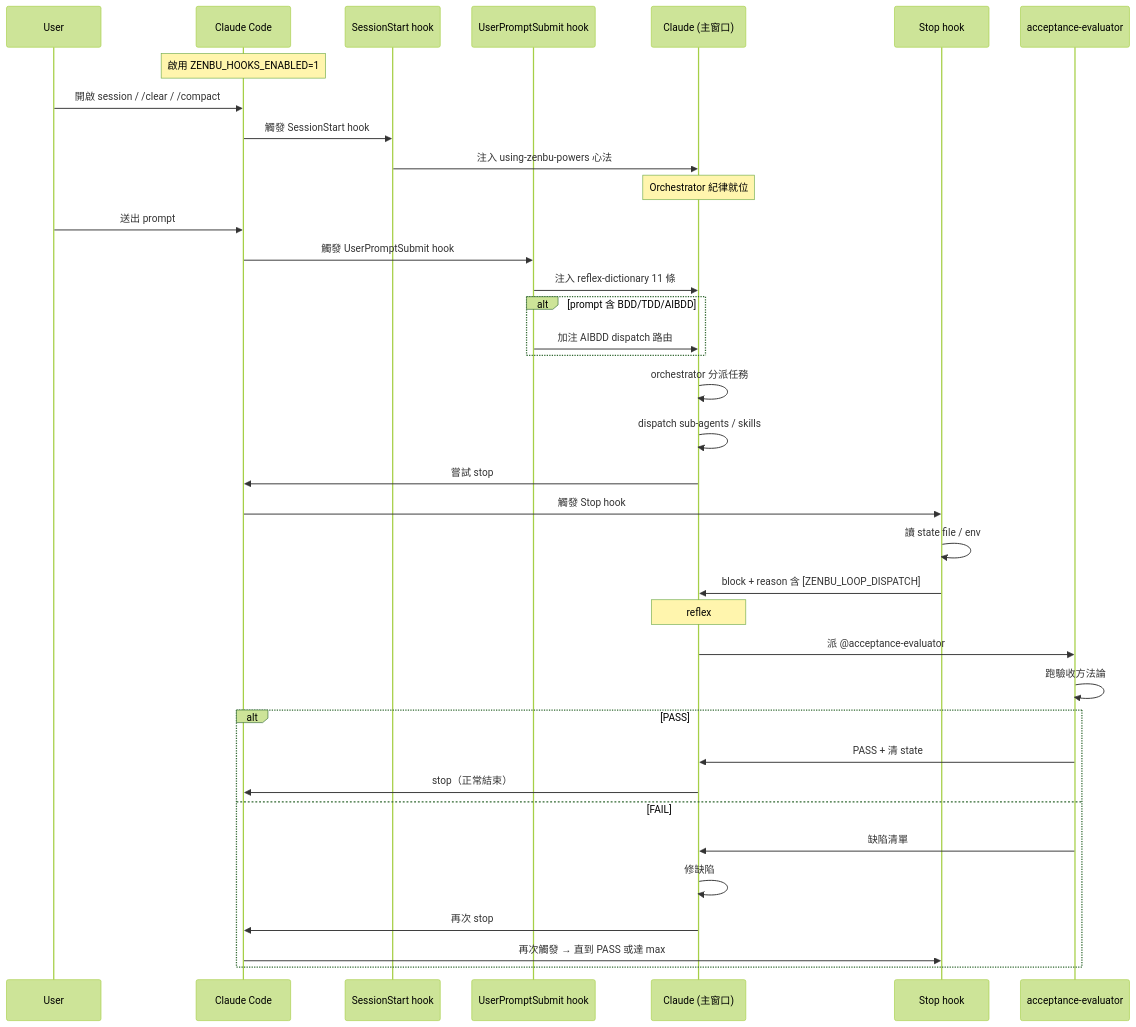
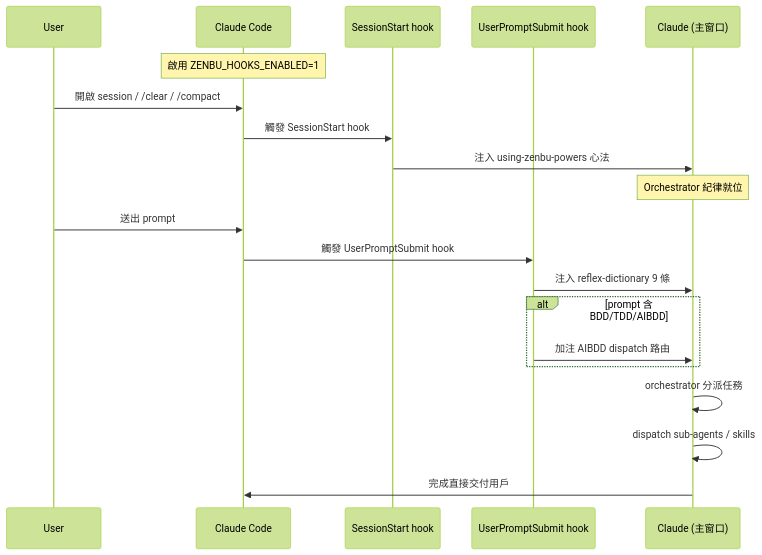
Before and after one commit to zenbuapps/zenbu-powers: the second of 2 diagrams in README.md, drawn with Mermaid (forest theme). The commit also changed other lines of this file and 1 other file, not shown here.

First line of the commit message:
docs: update main README and prompts for v3.15.0 opt-in acceptance model

````diff
--- a/README.md
+++ b/README.md
@@ -382,43 +376,25 @@
 ```mermaid
 sequenceDiagram
     participant U as User
     participant CC as Claude Code
     participant H1 as SessionStart hook
     participant H2 as UserPromptSubmit hook
     participant LLM as Claude (主窗口)
-    participant H3 as Stop hook
-    participant Eval as acceptance-evaluator
 
     Note over CC: 啟用 ZENBU_HOOKS_ENABLED=1
 
     U->>CC: 開啟 session / /clear / /compact
     CC->>H1: 觸發 SessionStart hook
     H1->>LLM: 注入 using-zenbu-powers 心法
     Note over LLM: Orchestrator 紀律就位
 
     U->>CC: 送出 prompt
     CC->>H2: 觸發 UserPromptSubmit hook
-    H2->>LLM: 注入 reflex-dictionary 11 條
+    H2->>LLM: 注入 reflex-dictionary 9 條
     alt prompt 含 BDD/TDD/AIBDD
         H2->>LLM: 加注 AIBDD dispatch 路由
     end
     LLM->>LLM: orchestrator 分派任務
     LLM->>LLM: dispatch sub-agents / skills
-    LLM->>CC: 嘗試 stop
-
-    CC->>H3: 觸發 Stop hook
-    H3->>H3: 讀 state file / env
-    H3->>LLM: block + reason 含 [ZENBU_LOOP_DISPATCH]
-    Note over LLM: reflex#11 偵測 token
-    LLM->>Eval: 派 @acceptance-evaluator
-    Eval->>Eval: 跑驗收方法論
-    alt PASS
-        Eval->>LLM: PASS + 清 state
-        LLM->>CC: stop（正常結束）
-    else FAIL
-        Eval->>LLM: 缺陷清單
-        LLM->>LLM: 修缺陷
-        LLM->>CC: 再次 stop
-        CC->>H3: 再次觸發 → 直到 PASS 或達 max
-    end
+    LLM->>CC: 完成直接交付用戶
 ```
````
